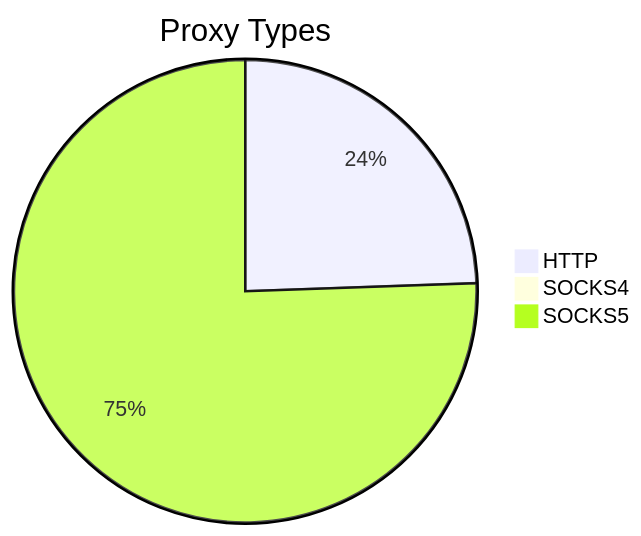
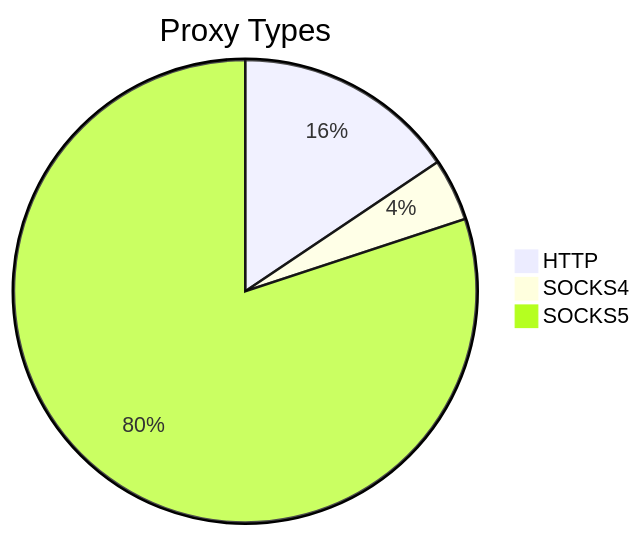
The first of 2 diagrams in README.md (stormsia/proxy-list), drawn with Mermaid before and after one commit. The commit also changed other lines of this file, not shown here.

````diff
--- a/README.md
+++ b/README.md
@@ -21,6 +21,6 @@
 ```mermaid
 pie title Proxy Types
-    "HTTP" : 197
-    "SOCKS4" : 7
-    "SOCKS5" : 609
+    "HTTP" : 168
+    "SOCKS4" : 47
+    "SOCKS5" : 863
 ```
````
